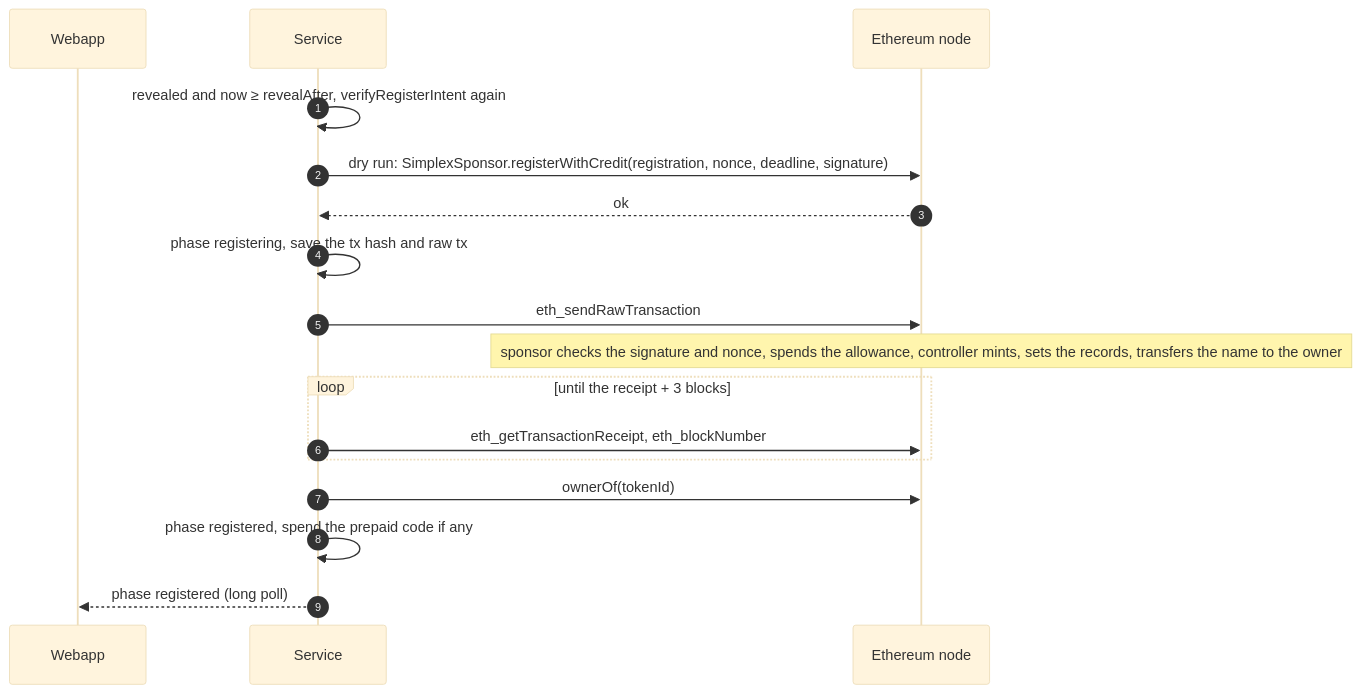
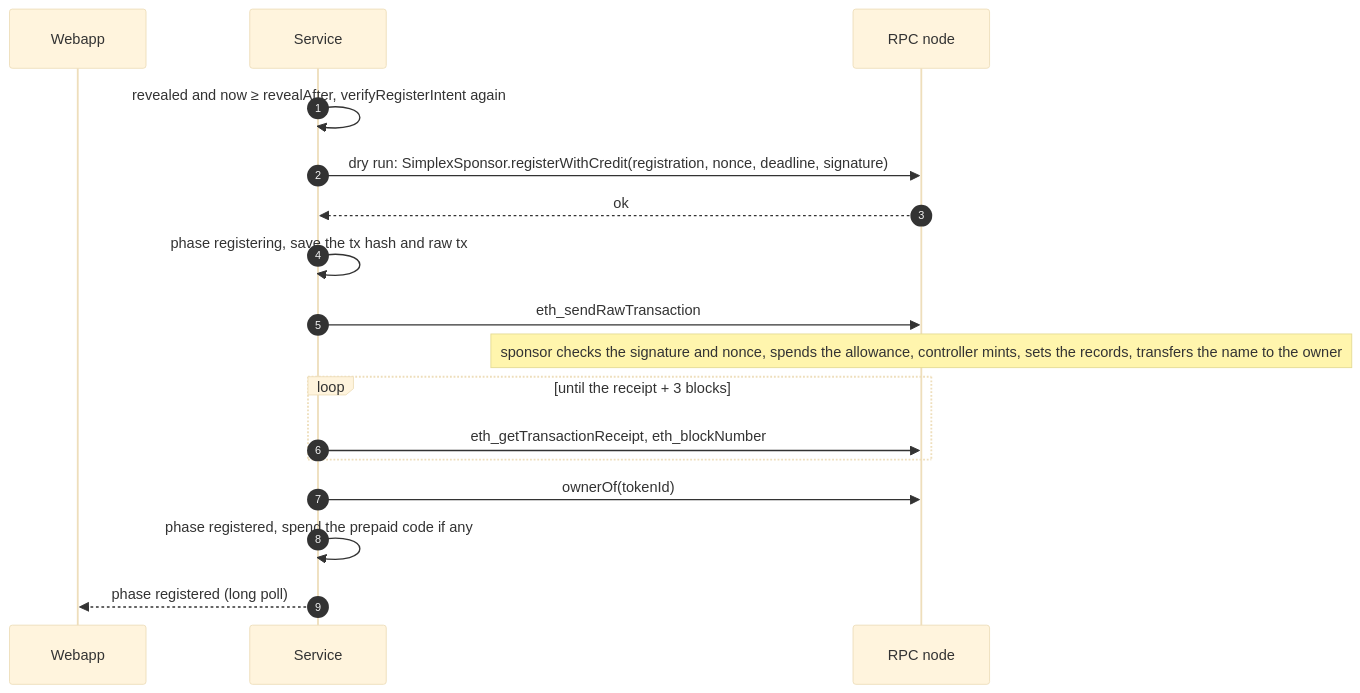
The ninth of 20 diagrams in plans/names-codes/2026-10-13-names-sequence.md (simplex-chat/simplex-chat), drawn with Mermaid (base theme) before and after one commit. The commit also changed other lines of this file and 2 other files, not shown here.

````diff
--- a/plans/names-codes/2026-10-13-names-sequence.md
+++ b/plans/names-codes/2026-10-13-names-sequence.md
@@ -367,19 +362,19 @@
 ```mermaid
 sequenceDiagram
   autonumber
   participant W as Webapp
   participant S as Service
-  participant E as Ethereum node
+  participant E as RPC node
   S->>S: revealed and now ≥ revealAfter, verifyRegisterIntent again
   S->>E: dry run: SimplexSponsor.registerWithCredit(registration, nonce, deadline, signature)
   E-->>S: ok
   S->>S: phase registering, save the tx hash and raw tx
   S->>E: eth_sendRawTransaction
   Note over E: sponsor checks the signature and nonce, spends the allowance, controller mints, sets the records, transfers the name to the owner
   loop until the receipt + 3 blocks
     S->>E: eth_getTransactionReceipt, eth_blockNumber
   end
   S->>E: ownerOf(tokenId)
   S->>S: phase registered, spend the prepaid code if any
   S-->>W: phase registered (long poll)
 ```
````
